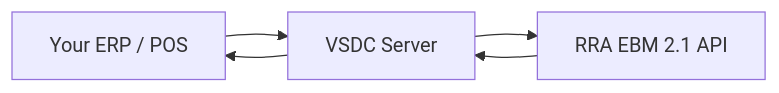
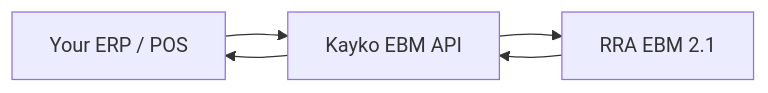
One commit to kaykorw/ebm_thirdparty_docs changed the diagram in introduction.mdx. Above: the diagram before and after it, drawn with Mermaid. The commit also changed other lines of this file and 34 other files, not shown here.

Commit message:
Refactor API documentation to reflect the transition from VSDC to Kayko EBM, including updates to environment variables, endpoint references, and removal of the glossary. Adjusted descriptions and examples across multiple files for consistency and clarity.

````diff
--- a/introduction.mdx
+++ b/introduction.mdx
@@ -21,7 +22,7 @@
 ```mermaid
 flowchart LR
-    ERP["Your ERP / POS"] --> VSDC["VSDC Server"]
-    VSDC --> EBM["RRA EBM 2.1 API"]
-    EBM --> VSDC
-    VSDC --> ERP
+    ERP["Your ERP / POS"] --> Kayko["Kayko EBM API"]
+    Kayko --> RRA["RRA EBM 2.1"]
+    RRA --> Kayko
+    Kayko --> ERP
 ```
````
